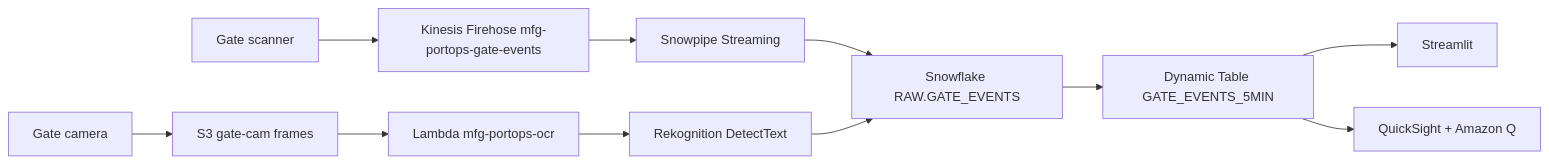
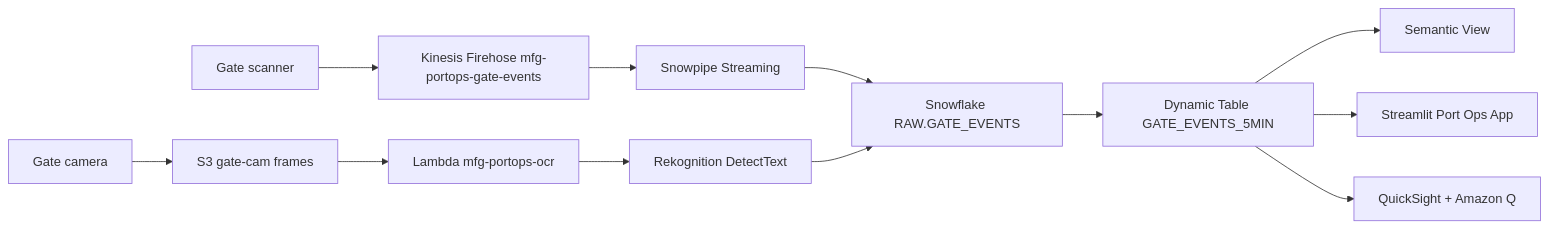
One commit to sfc-gh-jasvestis/aws-manufacturing-port-ops changed the diagram in README.md. Above: the diagram before and after it, drawn with Mermaid. The commit also changed other lines of this file, not shown here.

Commit message:
Merge AWS Hero into Architecture as one balanced Snowflake+AWS section

````diff
--- a/README.md
+++ b/README.md
@@ -9,13 +9,14 @@
 ```mermaid
 flowchart LR
     Gate[Gate scanner] --> KIN[Kinesis Firehose mfg-portops-gate-events]
     KIN --> SP[Snowpipe Streaming]
     SP --> SF[Snowflake RAW.GATE_EVENTS]
     Cam[Gate camera] --> S3[S3 gate-cam frames]
     S3 --> LAM[Lambda mfg-portops-ocr]
     LAM --> REK[Rekognition DetectText]
     REK --> SF
     SF --> DT[Dynamic Table GATE_EVENTS_5MIN]
-    DT --> ST[Streamlit]
+    DT --> SemView[Semantic View]
+    DT --> ST[Streamlit Port Ops App]
     DT --> QS[QuickSight + Amazon Q]
 ```
````
